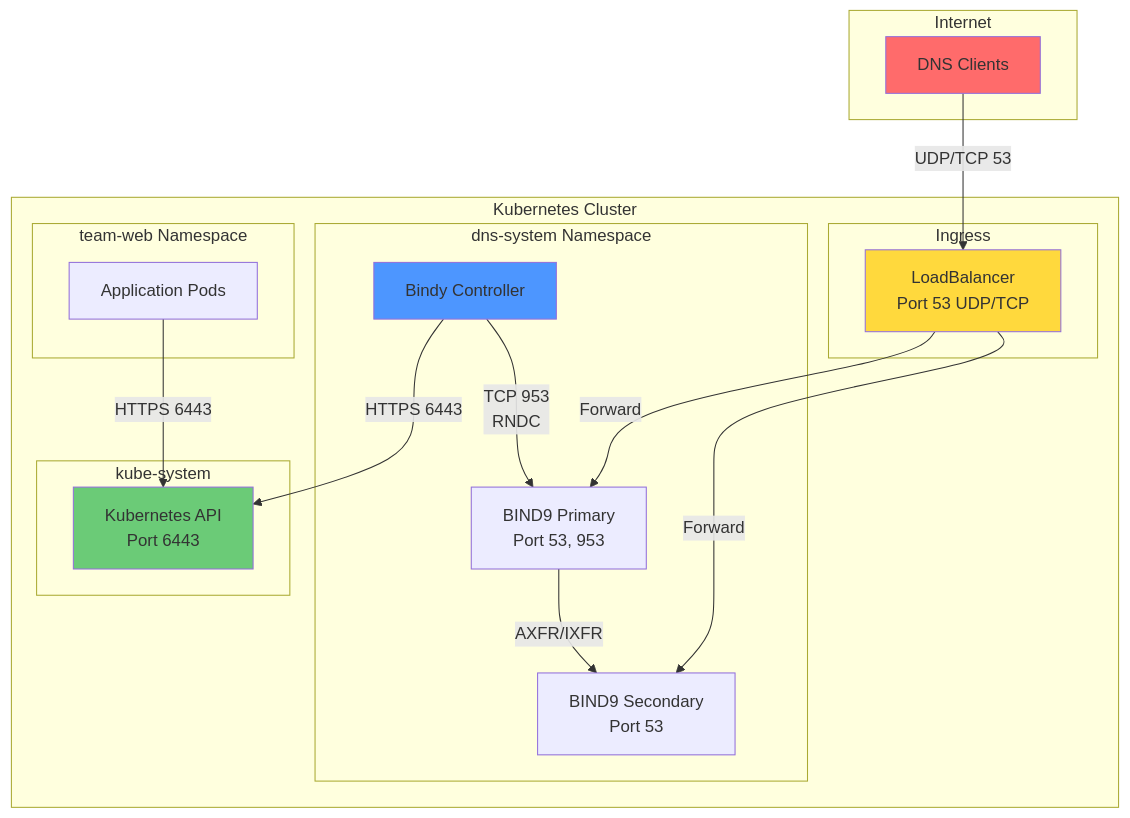
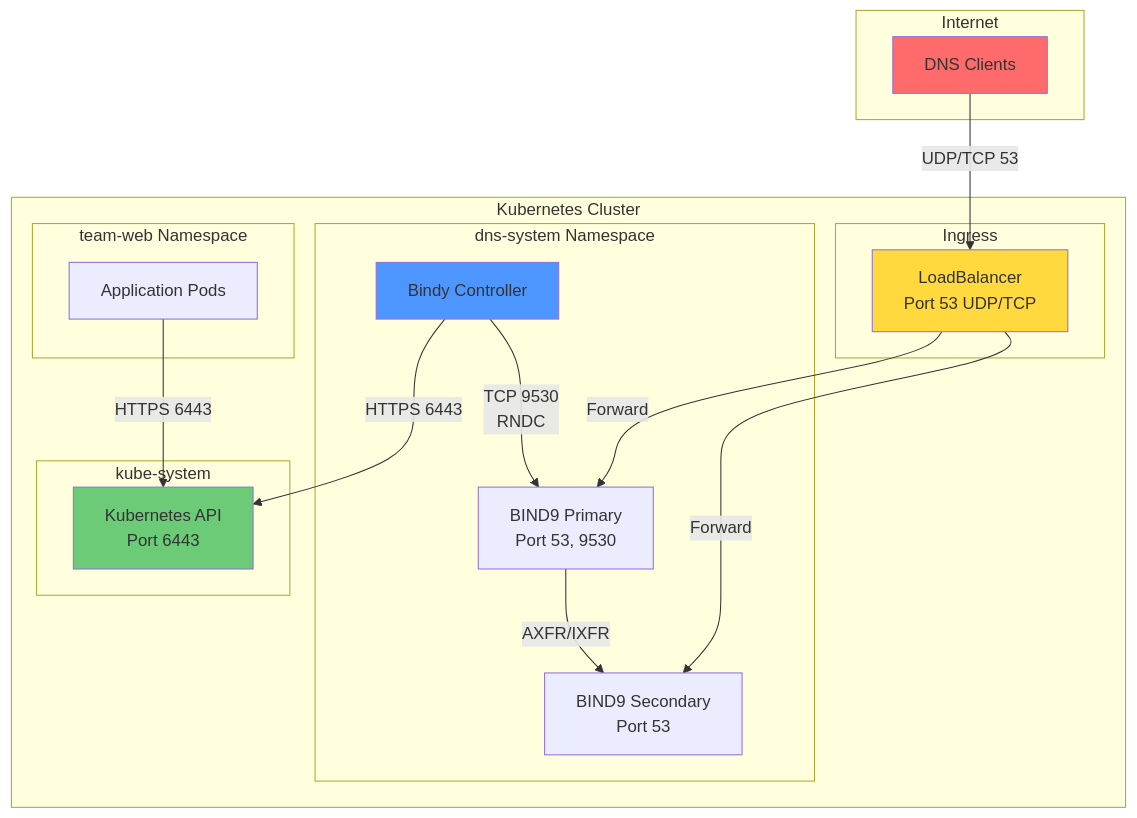
The eighth of 9 diagrams in docs/src/security/architecture.md (firestoned/bindy), drawn with Mermaid before and after one commit. The commit also changed other lines of this file and 29 other files, not shown here.

````diff
--- a/docs/src/security/architecture.md
+++ b/docs/src/security/architecture.md
@@ -468,39 +468,39 @@
 ```mermaid
 graph TB
     subgraph Internet
         Client[DNS Clients]
     end
 
     subgraph Kubernetes["Kubernetes Cluster"]
         subgraph Ingress["Ingress"]
             LB[LoadBalancer<br/>Port 53 UDP/TCP]
         end
 
         subgraph dns-system["dns-system Namespace"]
             Ctrl[Bindy Controller]
-            BIND1[BIND9 Primary<br/>Port 53, 953]
+            BIND1[BIND9 Primary<br/>Port 53, 9530]
             BIND2[BIND9 Secondary<br/>Port 53]
         end
 
         subgraph kube-system["kube-system"]
             API[Kubernetes API<br/>Port 6443]
         end
 
         subgraph team-web["team-web Namespace"]
             App1[Application Pods]
         end
     end
 
     Client -->|UDP/TCP 53| LB
     LB -->|Forward| BIND1
     LB -->|Forward| BIND2
     Ctrl -->|HTTPS 6443| API
-    Ctrl -->|TCP 953<br/>RNDC| BIND1
+    Ctrl -->|TCP 9530<br/>RNDC| BIND1
     BIND1 -->|AXFR/IXFR| BIND2
     App1 -->|HTTPS 6443| API
 
     style Client fill:#FF6B6B
     style LB fill:#FFD93D
     style API fill:#6BCB77
     style Ctrl fill:#4D96FF
 ```
````
